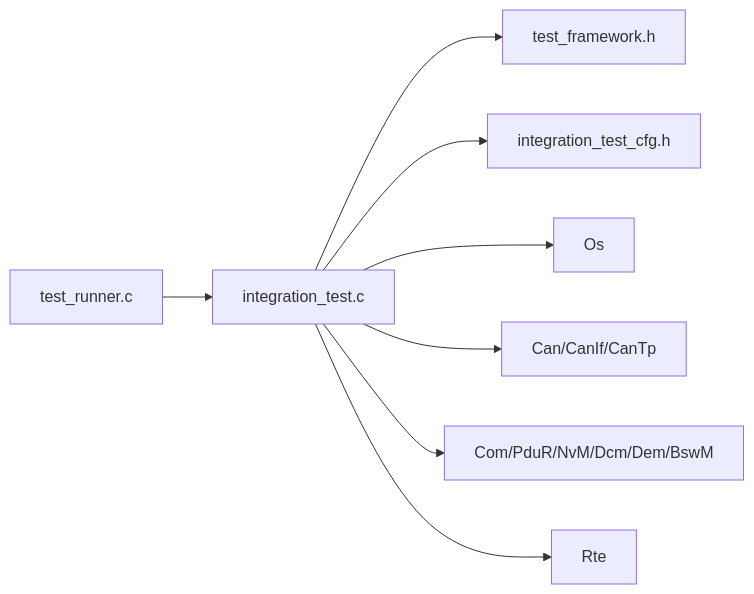
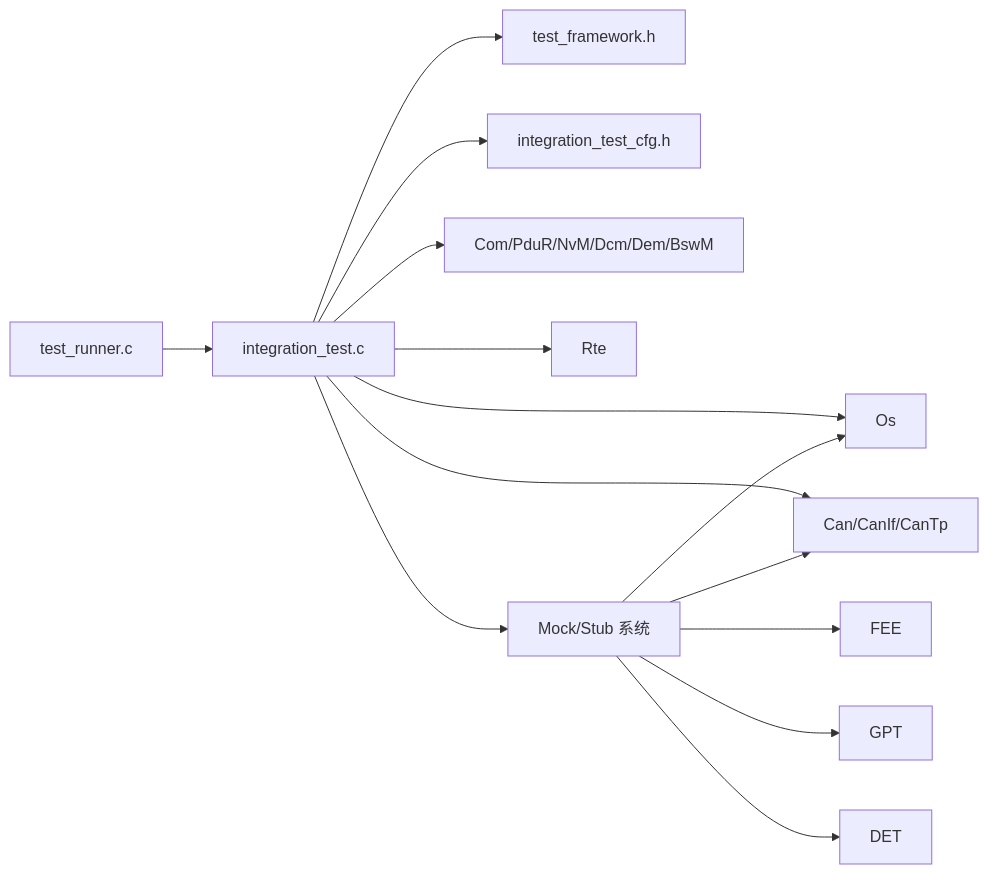
One commit to frisky1985/yuleASR changed the ninth of 9 diagrams in .qoder/repowiki/zh/content/测试策略/集成测试.md. Above: the diagram before and after it, drawn with Mermaid. The commit also changed other lines of this file and 12 other files, not shown here.

````diff
--- a/.qoder/repowiki/zh/content/测试策略/集成测试.md
+++ b/.qoder/repowiki/zh/content/测试策略/集成测试.md
@@ -364,10 +382,16 @@
 ```mermaid
 graph LR
 TR["test_runner.c"] --> IT["integration_test.c"]
 IT --> TF["test_framework.h"]
 IT --> CFG["integration_test_cfg.h"]
 IT --> OS["Os"]
 IT --> CAN["Can/CanIf/CanTp"]
 IT --> SVC["Com/PduR/NvM/Dcm/Dem/BswM"]
 IT --> RTE["Rte"]
+IT --> MOCK["Mock/Stub 系统"]
+MOCK --> CAN
+MOCK --> FEE
+MOCK --> GPT
+MOCK --> OS
+MOCK --> DET
 ```
````
